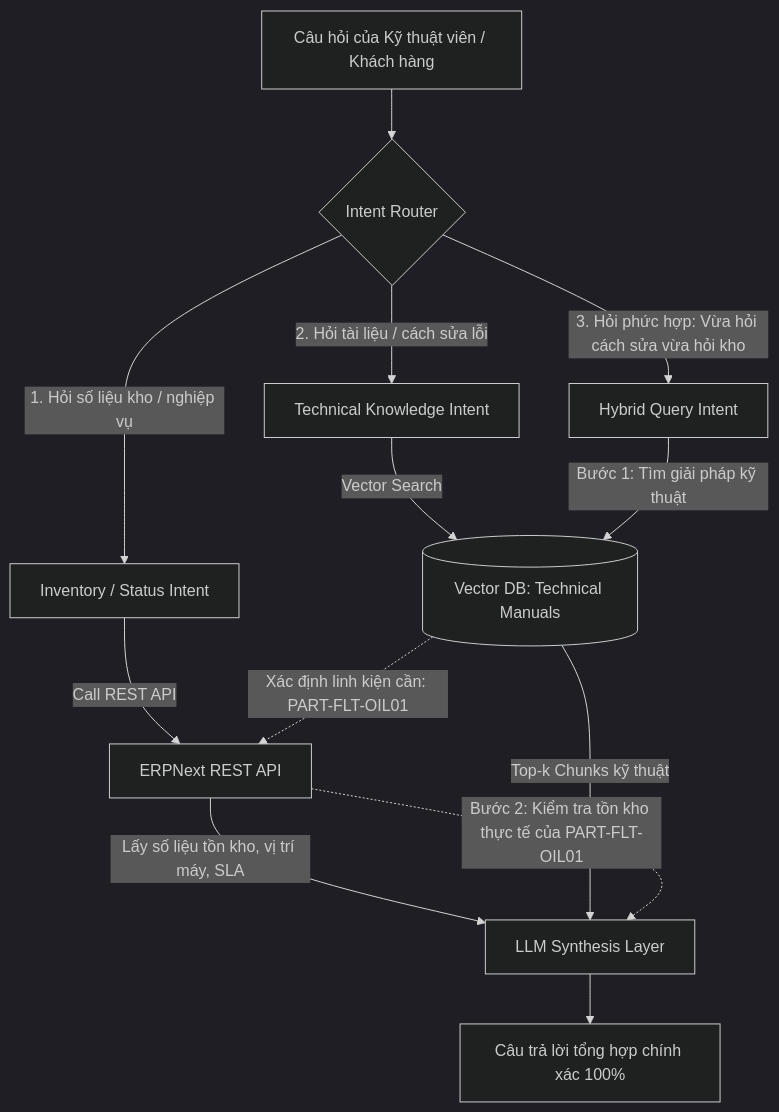
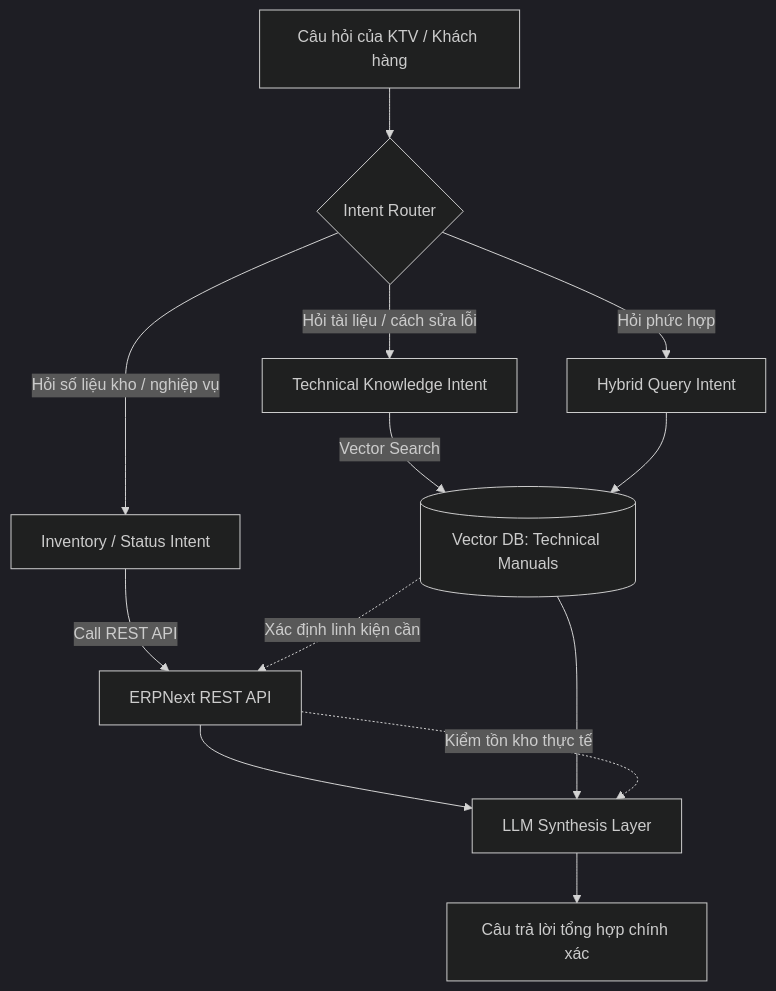
One commit to Baronger23/ERP.SmartHelpDesk changed the fifth of 5 diagrams in docs/reports/midterm_report.md. Above: the diagram before and after it, drawn with Mermaid (dark theme). The commit also changed other lines of this file and 23 other files, not shown here.

````diff
--- a/docs/reports/midterm_report.md
+++ b/docs/reports/midterm_report.md
@@ -460,20 +564,20 @@
 ```mermaid
 graph TD
-    UserQuery[Câu hỏi của Kỹ thuật viên / Khách hàng] --> Router{Intent Router}
+    UserQuery["Câu hỏi của KTV / Khách hàng"] --> Router{"Intent Router"}
     
-    Router -->|1. Hỏi số liệu kho / nghiệp vụ| INTENT_STOCK[Inventory / Status Intent]
-    Router -->|2. Hỏi tài liệu / cách sửa lỗi| INTENT_TECH[Technical Knowledge Intent]
-    Router -->|3. Hỏi phức hợp: Vừa hỏi cách sửa vừa hỏi kho| INTENT_HYBRID[Hybrid Query Intent]
+    Router -->|"Hỏi số liệu kho / nghiệp vụ"| STOCK["Inventory / Status Intent"]
+    Router -->|"Hỏi tài liệu / cách sửa lỗi"| TECH["Technical Knowledge Intent"]
+    Router -->|"Hỏi phức hợp"| HYBRID["Hybrid Query Intent"]
     
-    INTENT_STOCK -->|Call REST API| ERP_API[ERPNext REST API]
-    ERP_API -->|Lấy số liệu tồn kho, vị trí máy, SLA| RESP_GEN[LLM Synthesis Layer]
+    STOCK -->|"Call REST API"| ERP["ERPNext REST API"]
+    ERP --> LLM["LLM Synthesis Layer"]
     
-    INTENT_TECH -->|Vector Search| VEC_DB[(Vector DB: Technical Manuals)]
-    VEC_DB -->|Top-k Chunks kỹ thuật| RESP_GEN
+    TECH -->|"Vector Search"| VEC[("Vector DB: Technical Manuals")]
+    VEC --> LLM
     
-    INTENT_HYBRID -->|Bước 1: Tìm giải pháp kỹ thuật| VEC_DB
-    VEC_DB -.->|Xác định linh kiện cần: PART-FLT-OIL01| ERP_API
-    ERP_API -.->|Bước 2: Kiểm tra tồn kho thực tế của PART-FLT-OIL01| RESP_GEN
+    HYBRID --> VEC
+    VEC -.->|"Xác định linh kiện cần"| ERP
+    ERP -.->|"Kiểm tồn kho thực tế"| LLM
     
-    RESP_GEN --> FINAL_ANS[Câu trả lời tổng hợp chính xác 100%]
+    LLM --> ANS["Câu trả lời tổng hợp chính xác"]
 ```
````
